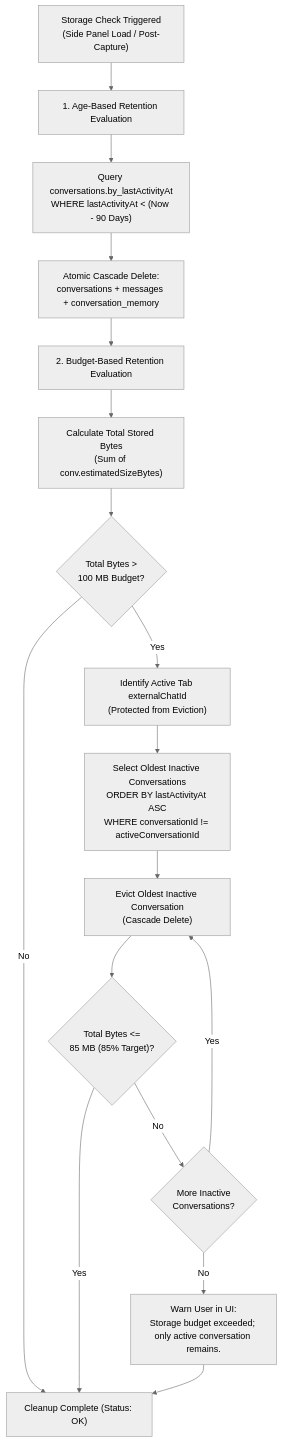
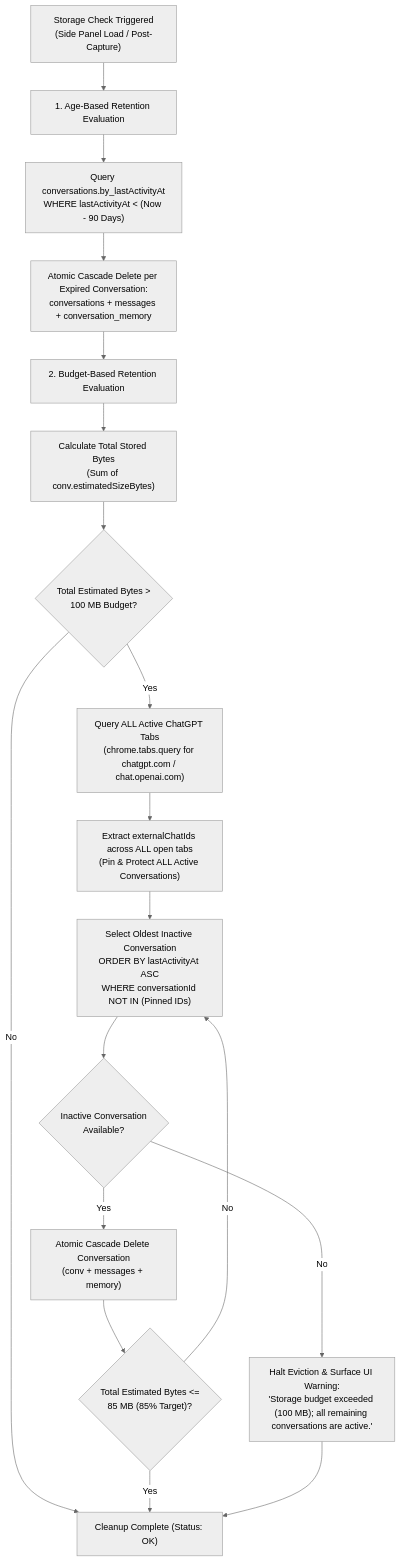
One commit to castlekrishna/WDAIDT changed the first of 2 diagrams in docs/V3.0.0-ALPHA.1-ARCHITECTURE.md. Above: the diagram before and after it, drawn with Mermaid (neutral theme). The commit also changed other lines of this file, not shown here.

Commit message:
docs: revise v3 conversation memory architecture review findings

````diff
--- a/docs/V3.0.0-ALPHA.1-ARCHITECTURE.md
+++ b/docs/V3.0.0-ALPHA.1-ARCHITECTURE.md
@@ -258,22 +321,25 @@
 ```mermaid
 flowchart TD
     Start["Storage Check Triggered<br/>(Side Panel Load / Post-Capture)"] --> AgeCheck["1. Age-Based Retention Evaluation"]
     AgeCheck --> FindOld["Query conversations.by_lastActivityAt<br/>WHERE lastActivityAt < (Now - 90 Days)"]
-    FindOld --> DeleteOld["Atomic Cascade Delete:<br/>conversations + messages + conversation_memory"]
+    FindOld --> DeleteOld["Atomic Cascade Delete per Expired Conversation:<br/>conversations + messages + conversation_memory"]
     DeleteOld --> BudgetCheck["2. Budget-Based Retention Evaluation"]
     
     BudgetCheck --> CalcTotal["Calculate Total Stored Bytes<br/>(Sum of conv.estimatedSizeBytes)"]
-    CalcTotal --> OverBudget{"Total Bytes ><br/>100 MB Budget?"}
+    CalcTotal --> OverBudget{"Total Estimated Bytes ><br/>100 MB Budget?"}
     
     OverBudget -- No --> EndClean["Cleanup Complete (Status: OK)"]
-    OverBudget -- Yes --> IdentifyActive["Identify Active Tab externalChatId<br/>(Protected from Eviction)"]
+    OverBudget -- Yes --> QueryTabs["Query ALL Active ChatGPT Tabs<br/>(chrome.tabs.query for chatgpt.com / chat.openai.com)"]
     
-    IdentifyActive --> SelectLRU["Select Oldest Inactive Conversations<br/>ORDER BY lastActivityAt ASC<br/>WHERE conversationId != activeConversationId"]
-    SelectLRU --> EvictLoop["Evict Oldest Inactive Conversation<br/>(Cascade Delete)"]
-    EvictLoop --> RecheckSize{"Total Bytes <=<br/>85 MB (85% Target)?"}
-    RecheckSize -- No --> HasMore{"More Inactive<br/>Conversations?"}
-    HasMore -- Yes --> EvictLoop
-    HasMore -- No --> WarnUser["Warn User in UI:<br/>Storage budget exceeded; only active conversation remains."]
+    QueryTabs --> PinActive["Extract externalChatIds across ALL open tabs<br/>(Pin & Protect ALL Active Conversations)"]
+    PinActive --> SelectLRU["Select Oldest Inactive Conversation<br/>ORDER BY lastActivityAt ASC<br/>WHERE conversationId NOT IN (Pinned IDs)"]
+    
+    SelectLRU --> HasInactive{"Inactive Conversation<br/>Available?"}
+    HasInactive -- Yes --> EvictOne["Atomic Cascade Delete Conversation<br/>(conv + messages + memory)"]
+    EvictOne --> RecheckSize{"Total Estimated Bytes <=<br/>85 MB (85% Target)?"}
+    RecheckSize -- No --> SelectLRU
     RecheckSize -- Yes --> EndClean
+    
+    HasInactive -- No --> WarnUser["Halt Eviction & Surface UI Warning:<br/>'Storage budget exceeded (100 MB); all remaining conversations are active.'"]
     WarnUser --> EndClean
 ```
````
